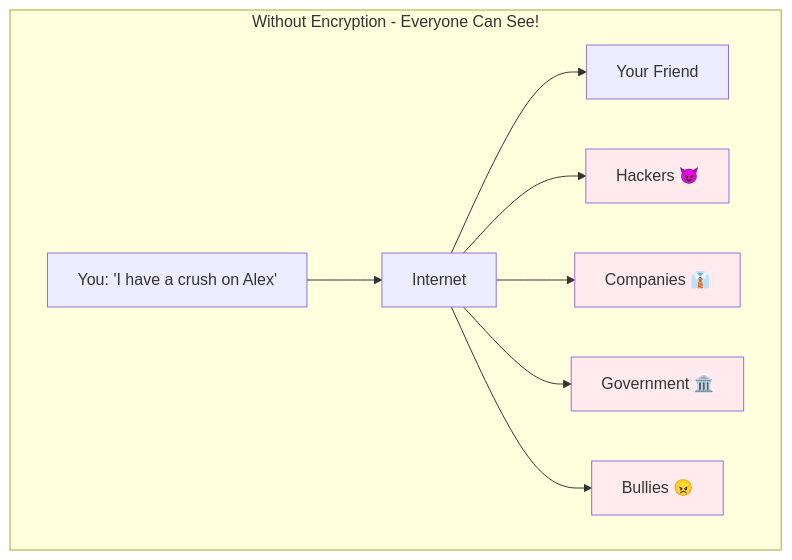
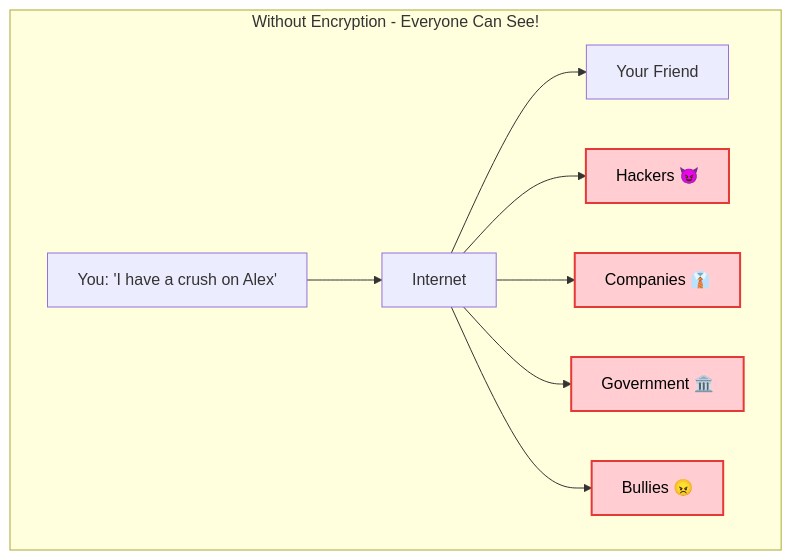
Before and after one commit to prabhatg/signal_crypto_lib: the second of 16 diagrams in docs/signal_protocol_for_kids.md, drawn with Mermaid. The commit also changed other lines of this file and 1 other file, not shown here.

Commit message:
Documentation diagram updates

````diff
--- a/docs/signal_protocol_for_kids.md
+++ b/docs/signal_protocol_for_kids.md
@@ -55,16 +55,16 @@
 ```mermaid
 graph TB
     subgraph "Without Encryption - Everyone Can See!"
         A[You: 'I have a crush on Alex'] --> B[Internet]
         B --> C[Your Friend]
         B --> D[Hackers 😈]
         B --> E[Companies 👔]
         B --> F[Government 🏛️]
         B --> G[Bullies 😠]
     end
     
-    style D fill:#ffebee
-    style E fill:#ffebee
-    style F fill:#ffebee
-    style G fill:#ffebee
+    style D fill:#ffcdd2,stroke:#e53935,stroke-width:2px,color:#000
+    style E fill:#ffcdd2,stroke:#e53935,stroke-width:2px,color:#000
+    style F fill:#ffcdd2,stroke:#e53935,stroke-width:2px,color:#000
+    style G fill:#ffcdd2,stroke:#e53935,stroke-width:2px,color:#000
 ```
````
